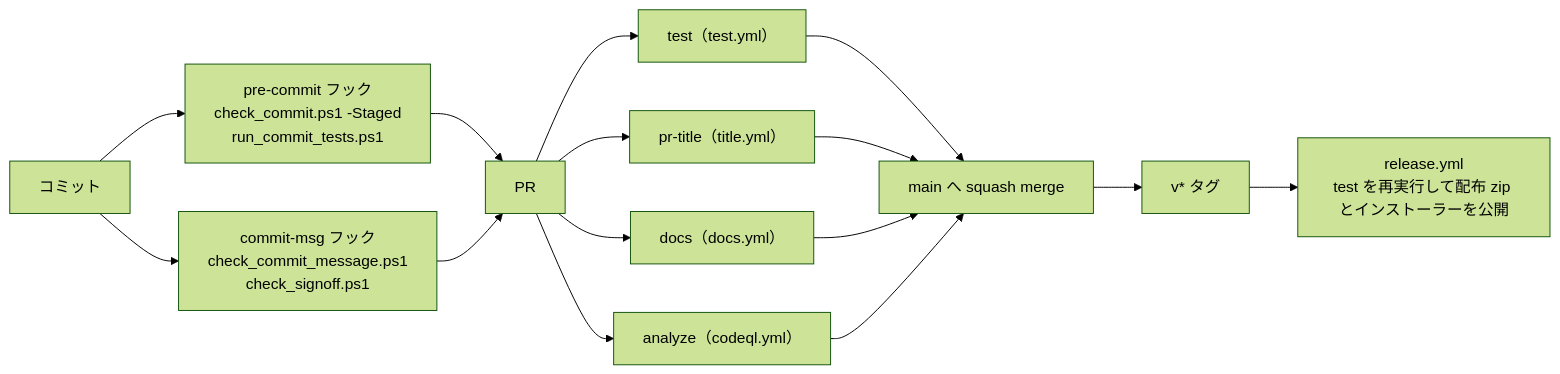
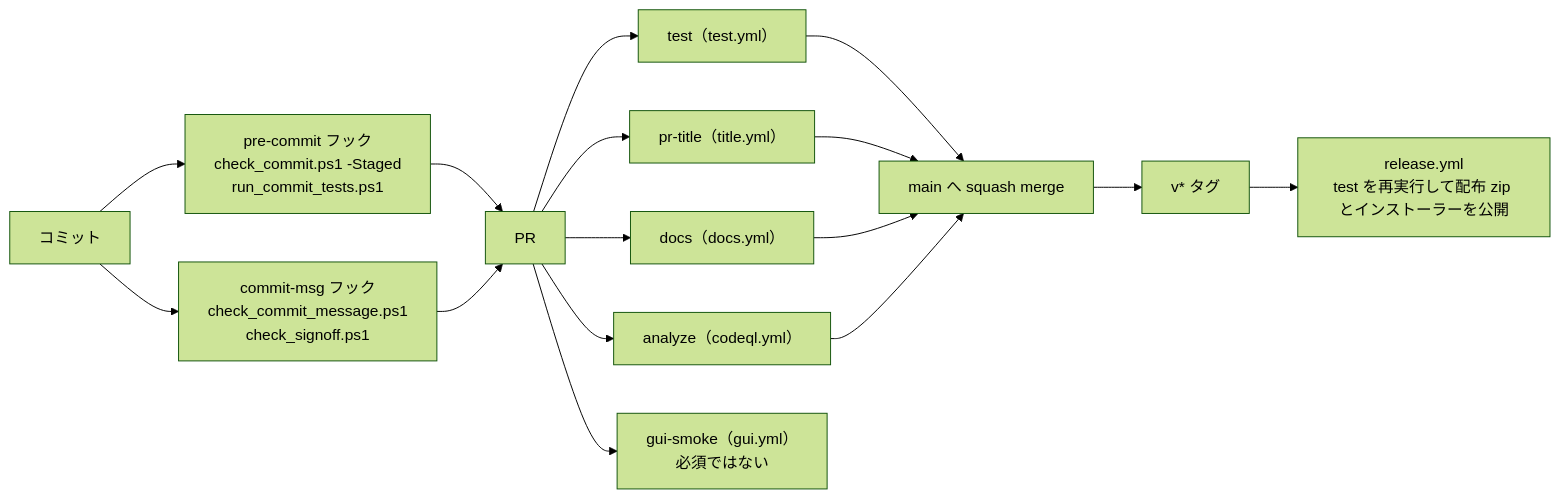
The diagram in docs/design/testing/index.md (hsgwa/tebunko), drawn with Mermaid (forest theme) before and after one commit. The commit also changed other lines of this file and 81 other files, not shown here.

First line of the commit message:
docs: 設計書を目的ごとの小さなページに分け、図を増やす (#139)

````diff
--- a/docs/design/testing/index.md
+++ b/docs/design/testing/index.md
@@ -19,12 +21,13 @@
 ```mermaid
 flowchart LR
     C["コミット"] --> H1["pre-commit フック<br>check_commit.ps1 -Staged<br>run_commit_tests.ps1"]
     C --> H2["commit-msg フック<br>check_commit_message.ps1<br>check_signoff.ps1"]
     H1 & H2 --> PR["PR"]
     PR --> R1["test（test.yml）"]
     PR --> R2["pr-title（title.yml）"]
     PR --> R3["docs（docs.yml）"]
     PR --> R4["analyze（codeql.yml）"]
+    PR --> R5["gui-smoke（gui.yml）<br>必須ではない"]
     R1 & R2 & R3 & R4 --> M["main へ squash merge"]
     M --> T["v* タグ"] --> REL["release.yml<br>test を再実行して配布 zip とインストーラーを公開"]
 ```
````
